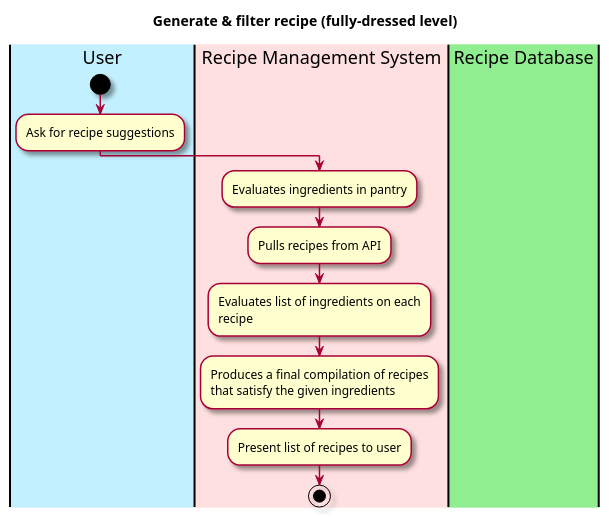
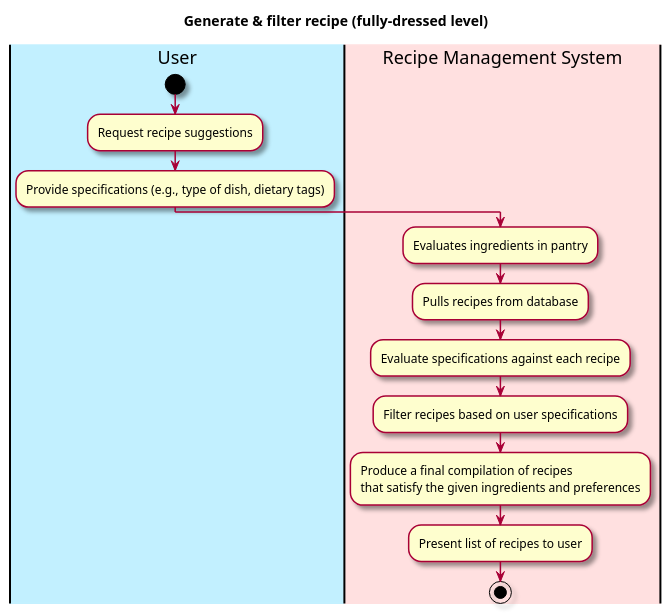
Before and after one commit to berthashipper/Pantry-Pal-Android-Application: the first of 2 diagrams in intellij/doc/use-cases/generate_recipe.md, drawn with PlantUML. The commit also changed other lines of this file and 2 other files, not shown here.

Commit message:
Improved generate_recipe use case based on feedback regarding filtering

````diff
--- a/intellij/doc/use-cases/generate_recipe.md
+++ b/intellij/doc/use-cases/generate_recipe.md
@@ -30,31 +30,30 @@
 ```plantuml
 @startuml
 
 skin rose
 
 title Generate & filter recipe (fully-dressed level)
 
 'define the lanes
 |#application|User|
 |#implementation|Recipe Management System|
-|#lightgreen|Recipe Database|
 
 |User|
 start
-:Ask for recipe suggestions;
+:Request recipe suggestions;
+:Provide specifications (e.g., type of dish, dietary tags);
 
 |Recipe Management System|
 :Evaluates ingredients in pantry;
-:Pulls recipes from API;
+:Pulls recipes from database;
 
 |Recipe Management System|
-
-:Evaluates list of ingredients on each
-recipe;
-:Produces a final compilation of recipes
-that satisfy the given ingredients;
+:Evaluate specifications against each recipe;
+:Filter recipes based on user specifications;
+:Produce a final compilation of recipes
+that satisfy the given ingredients and preferences;
 :Present list of recipes to user;
 
 stop
 @enduml
 ```
````
